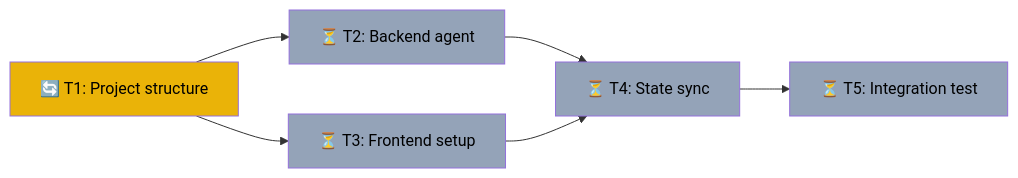
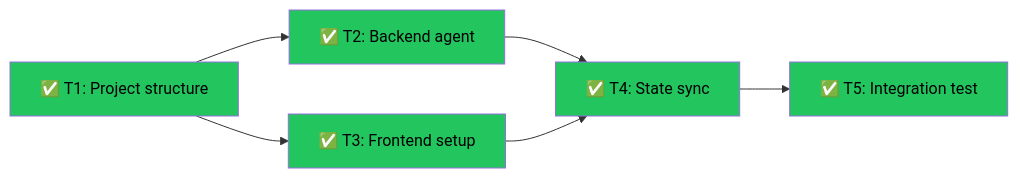
One commit to blueif16/copilot-scaffold changed the diagram in .tasks/main.md. Above: the diagram before and after it, drawn with Mermaid. The commit also changed other lines of this file, not shown here.

````diff
--- a/.tasks/main.md
+++ b/.tasks/main.md
@@ -6,13 +7,13 @@
 ```mermaid
 graph LR
-    T1["🔄 T1: Project structure"] --> T2["⏳ T2: Backend agent"]
-    T1 --> T3["⏳ T3: Frontend setup"]
-    T2 --> T4["⏳ T4: State sync"]
+    T1["✅ T1: Project structure"] --> T2["✅ T2: Backend agent"]
+    T1 --> T3["✅ T3: Frontend setup"]
+    T2 --> T4["✅ T4: State sync"]
     T3 --> T4
-    T4 --> T5["⏳ T5: Integration test"]
-    style T1 fill:#eab308,color:#000
-    style T2 fill:#94a3b8,color:#000
-    style T3 fill:#94a3b8,color:#000
-    style T4 fill:#94a3b8,color:#000
-    style T5 fill:#94a3b8,color:#000
+    T4 --> T5["✅ T5: Integration test"]
+    style T1 fill:#22c55e,color:#000
+    style T2 fill:#22c55e,color:#000
+    style T3 fill:#22c55e,color:#000
+    style T4 fill:#22c55e,color:#000
+    style T5 fill:#22c55e,color:#000
 ```
````
